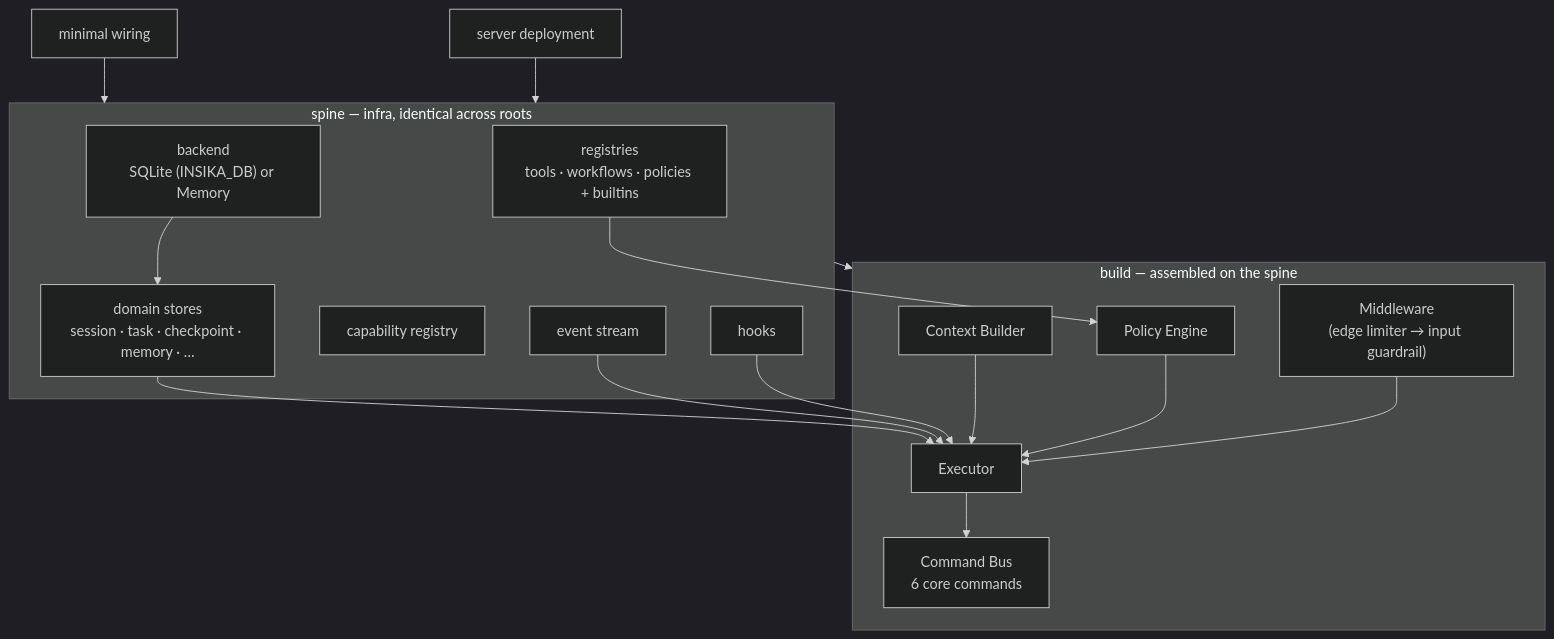
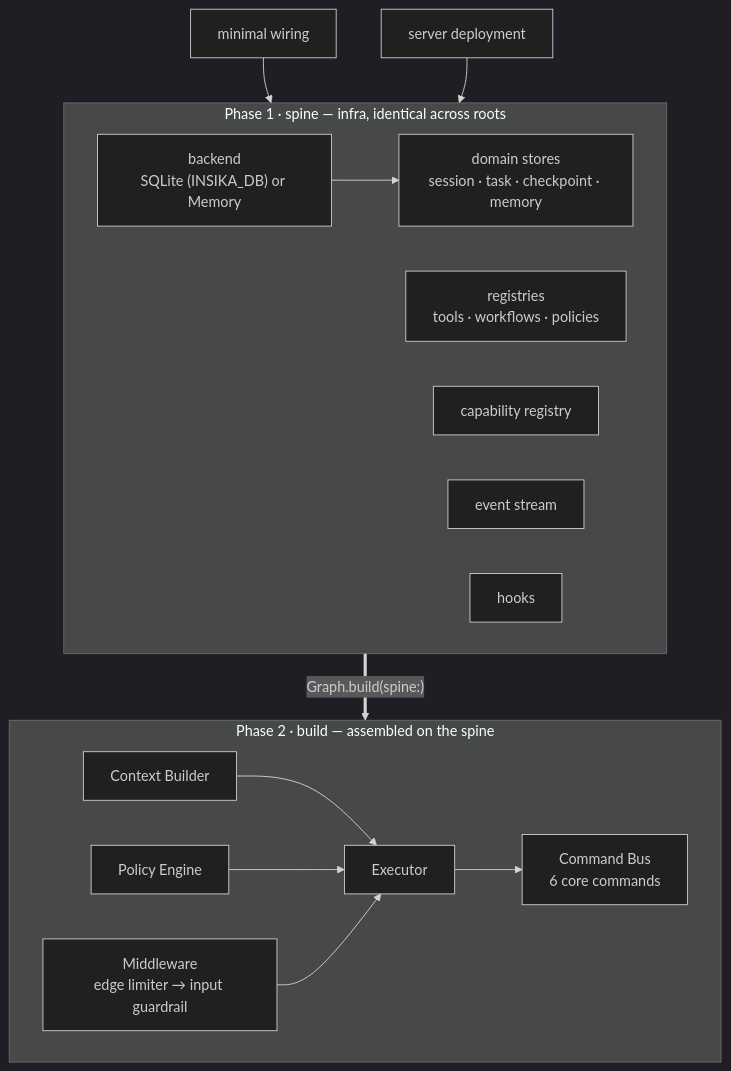
One commit to guizaols/insika changed the sixth of 6 diagrams in docs/ARCHITECTURE.md. Above: the diagram before and after it, drawn with Mermaid (dark theme). The commit also changed other lines of this file, not shown here.

````diff
--- a/docs/ARCHITECTURE.md
+++ b/docs/ARCHITECTURE.md
@@ -199,30 +190,22 @@
 ```mermaid
 flowchart TD
-  subgraph phase1 [spine — infra, identical across roots]
-    backend["backend<br/>SQLite (INSIKA_DB) or Memory"]
-    backend --> dstores[domain stores<br/>session · task · checkpoint · memory · …]
-    reg[registries<br/>tools · workflows · policies + builtins]
+  root1[minimal wiring] --> phase1
+  root2[server deployment] --> phase1
+
+  subgraph phase1 [Phase 1 · spine — infra, identical across roots]
+    backend["backend<br/>SQLite (INSIKA_DB) or Memory"] --> dstores[domain stores<br/>session · task · checkpoint · memory]
+    reg[registries<br/>tools · workflows · policies]
     caps[capability registry]
     es2[event stream]
     hk[hooks]
   end
-  subgraph phase2 [build — assembled on the spine]
-    cbz[Context Builder]
-    pez[Policy Engine]
-    mwz["Middleware<br/>(edge limiter → input guardrail)"]
-    exz[Executor]
-    busz[Command Bus<br/>6 core commands]
+
+  phase1 ==>|"Graph.build(spine:)"| phase2
+
+  subgraph phase2 [Phase 2 · build — assembled on the spine]
+    cbz[Context Builder] --> exz[Executor]
+    pez[Policy Engine] --> exz
+    mwz["Middleware<br/>edge limiter → input guardrail"] --> exz
+    exz --> busz[Command Bus<br/>6 core commands]
   end
-  phase1 --> phase2
-  dstores --> exz
-  reg --> pez
-  es2 --> exz
-  hk --> exz
-  cbz --> exz
-  pez --> exz
-  mwz --> exz
-  exz --> busz
-
-  root1[minimal wiring] --> phase1
-  root2[server deployment] --> phase1
 ```
````
